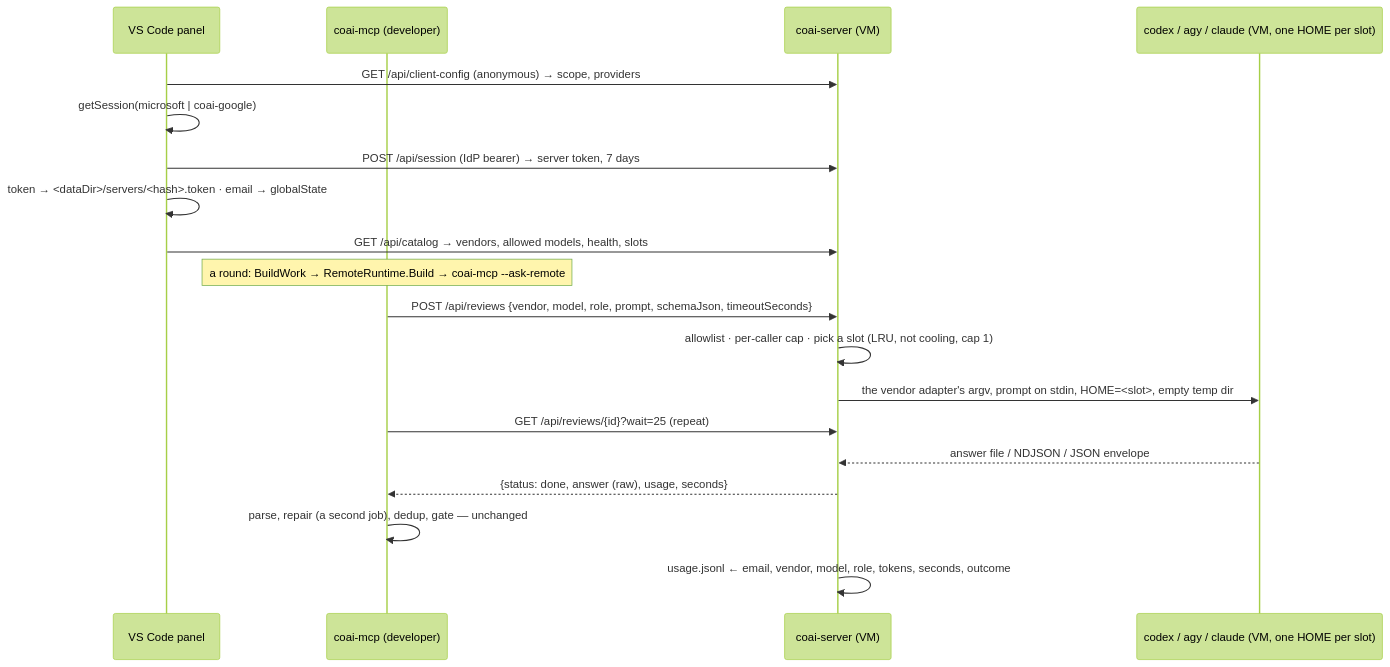
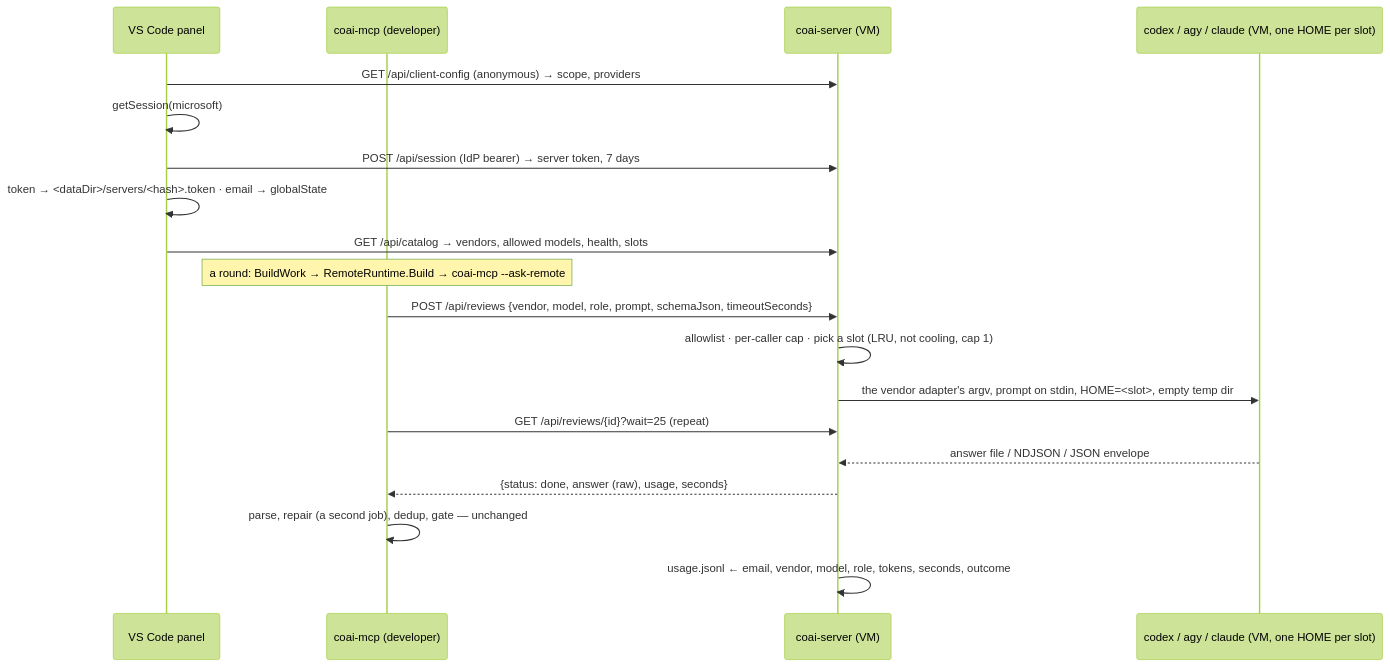
One commit to oleksandrdubyna88/dew_flow_connect_other_ais changed the diagram in todo/PLAN_team_server.md. Above: the diagram before and after it, drawn with Mermaid (forest theme). The commit also changed other lines of this file, not shown here.

First line of the commit message:
docs(plan): pin the CLI versions from this machine, and Microsoft only in v1

````diff
--- a/todo/PLAN_team_server.md
+++ b/todo/PLAN_team_server.md
@@ -78,21 +78,21 @@
 ```mermaid
 sequenceDiagram
   participant P as VS Code panel
   participant M as coai-mcp (developer)
   participant S as coai-server (VM)
   participant C as codex / agy / claude (VM, one HOME per slot)
   P->>S: GET /api/client-config (anonymous) → scope, providers
-  P->>P: getSession(microsoft | coai-google)
+  P->>P: getSession(microsoft)
   P->>S: POST /api/session (IdP bearer) → server token, 7 days
   P->>P: token → <dataDir>/servers/<hash>.token · email → globalState
   P->>S: GET /api/catalog → vendors, allowed models, health, slots
   Note over M: a round: BuildWork → RemoteRuntime.Build → coai-mcp --ask-remote
   M->>S: POST /api/reviews {vendor, model, role, prompt, schemaJson, timeoutSeconds}
   S->>S: allowlist · per-caller cap · pick a slot (LRU, not cooling, cap 1)
   S->>C: the vendor adapter's argv, prompt on stdin, HOME=<slot>, empty temp dir
   M->>S: GET /api/reviews/{id}?wait=25 (repeat)
   C-->>S: answer file / NDJSON / JSON envelope
   S-->>M: {status: done, answer (raw), usage, seconds}
   M->>M: parse, repair (a second job), dedup, gate — unchanged
   S->>S: usage.jsonl ← email, vendor, model, role, tokens, seconds, outcome
 ```
````
